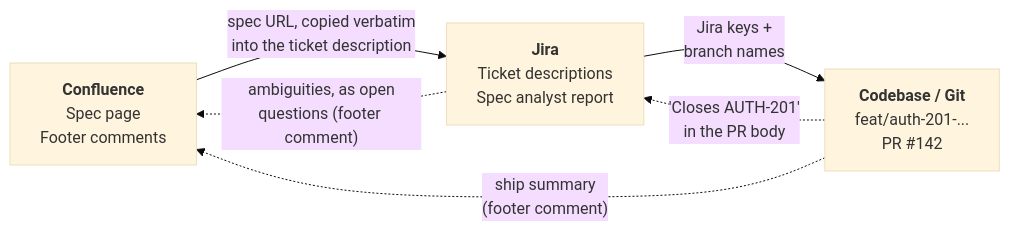
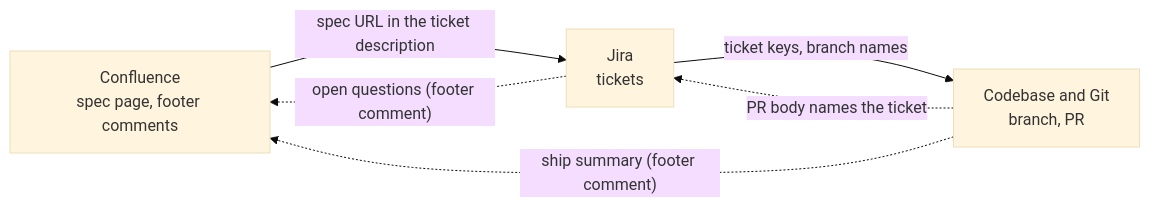
The second of 2 diagrams in packages/docs/content/docs/workflows/spec-to-pr-walkthrough/index.mdx (ngocsangyem/MeowKit), drawn with Mermaid (base theme) before and after one commit. The commit also changed other lines of this file and 269 other files, not shown here.

````diff
--- a/packages/docs/content/docs/workflows/spec-to-pr-walkthrough/index.mdx
+++ b/packages/docs/content/docs/workflows/spec-to-pr-walkthrough/index.mdx
@@ -91,12 +67,12 @@
 ```mermaid
 flowchart LR
-    CONF["<b>Confluence</b><br/>Spec page<br/>Footer comments"]
-    JIRA["<b>Jira</b><br/>Ticket descriptions<br/>Spec analyst report"]
-    CODE["<b>Codebase / Git</b><br/>feat/auth-201-...<br/>PR #142"]
+    CONF["Confluence<br/>spec page, footer comments"]
+    JIRA["Jira<br/>tickets"]
+    CODE["Codebase and Git<br/>branch, PR"]
 
-    CONF -->|"spec URL, copied verbatim<br/>into the ticket description"| JIRA
-    JIRA -->|"Jira keys +<br/>branch names"| CODE
-    CODE -.->|"'Closes AUTH-201'<br/>in the PR body"| JIRA
-    JIRA -.->|"ambiguities, as open<br/>questions (footer comment)"| CONF
-    CODE -.->|"ship summary<br/>(footer comment)"| CONF
+    CONF -->|"spec URL in the ticket description"| JIRA
+    JIRA -->|"ticket keys, branch names"| CODE
+    CODE -.->|"PR body names the ticket"| JIRA
+    JIRA -.->|"open questions (footer comment)"| CONF
+    CODE -.->|"ship summary (footer comment)"| CONF
 ```
````
